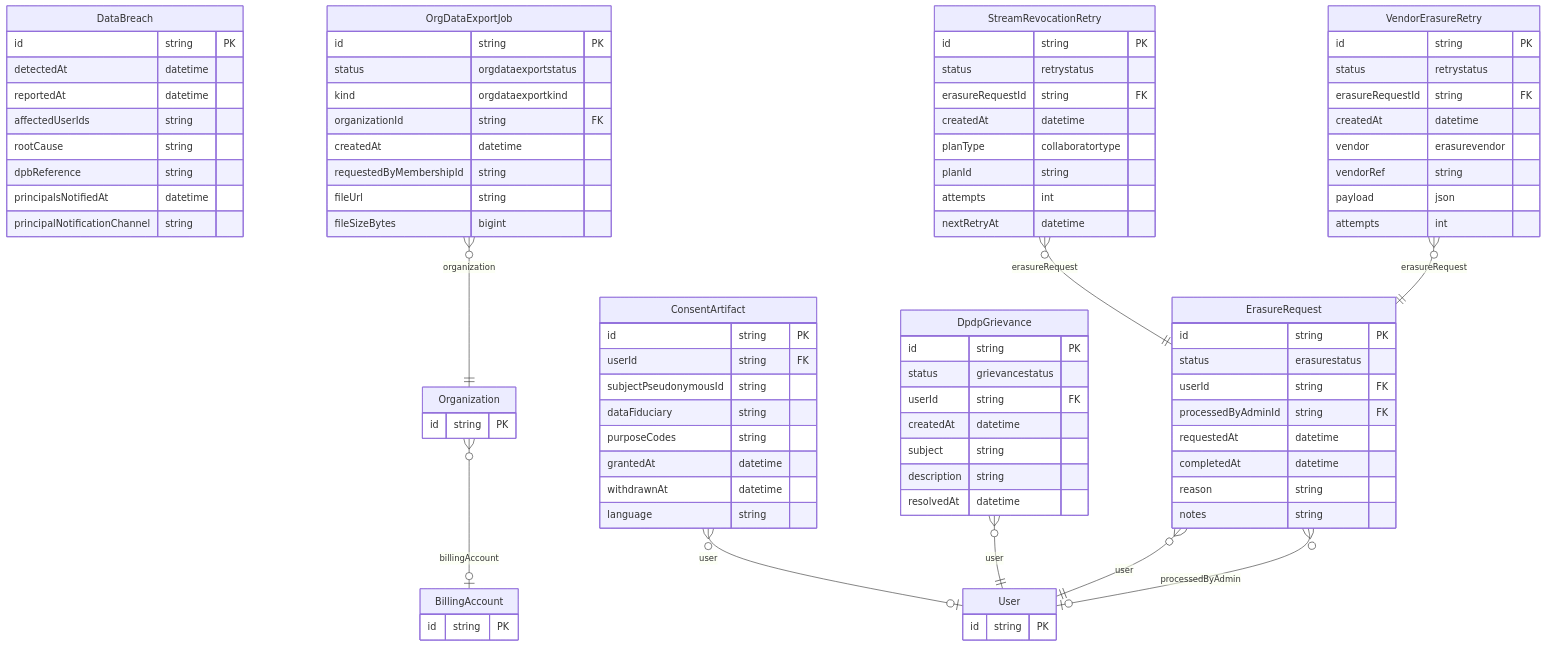
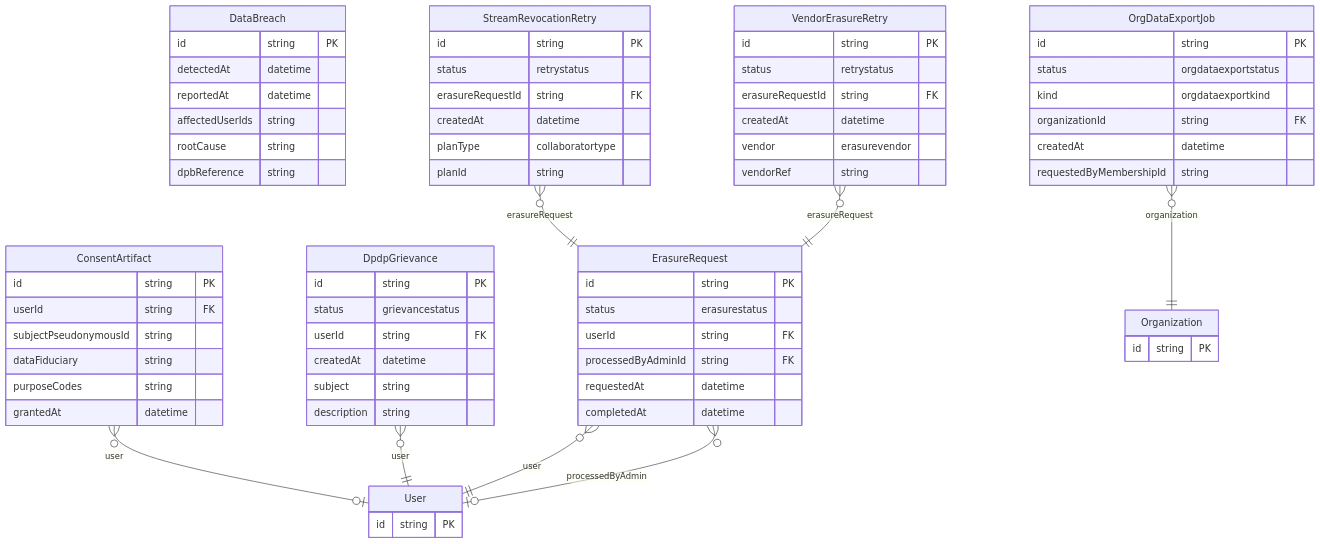
Before and after one commit to Practitionist/familiarise_web: the second of 4 diagrams in docs/prisma/domains/10-compliance-and-system.md, drawn with Mermaid. The commit also changed other lines of this file and 14 other files, not shown here.

````diff
--- a/docs/prisma/domains/10-compliance-and-system.md
+++ b/docs/prisma/domains/10-compliance-and-system.md
@@ -54,8 +48,6 @@
         dataFiduciary string
         purposeCodes string
         grantedAt datetime
-        withdrawnAt datetime
-        language string
     }
     DataBreach {
         id string PK
@@ -64,8 +56,6 @@
         affectedUserIds string
         rootCause string
         dpbReference string
-        principalsNotifiedAt datetime
-        principalNotificationChannel string
     }
     DpdpGrievance {
         id string PK
@@ -74,7 +64,6 @@
         createdAt datetime
         subject string
         description string
-        resolvedAt datetime
     }
     ErasureRequest {
         id string PK
@@ -83,8 +72,6 @@
         processedByAdminId string FK
         requestedAt datetime
         completedAt datetime
-        reason string
-        notes string
     }
     OrgDataExportJob {
         id string PK
@@ -93,8 +80,6 @@
         organizationId string FK
         createdAt datetime
         requestedByMembershipId string
-        fileUrl string
-        fileSizeBytes bigint
     }
     StreamRevocationRetry {
         id string PK
@@ -103,8 +88,6 @@
         createdAt datetime
         planType collaboratortype
         planId string
-        attempts int
-        nextRetryAt datetime
     }
     VendorErasureRetry {
         id string PK
@@ -113,16 +96,11 @@
         createdAt datetime
         vendor erasurevendor
         vendorRef string
-        payload json
-        attempts int
     }
     User {
         id string PK
     }
     Organization {
-        id string PK
-    }
-    BillingAccount {
         id string PK
     }
     ConsentArtifact }o--o| User : "user"
@@ -132,5 +110,4 @@
     OrgDataExportJob }o--|| Organization : "organization"
     StreamRevocationRetry }o--|| ErasureRequest : "erasureRequest"
     VendorErasureRetry }o--|| ErasureRequest : "erasureRequest"
-    Organization }o--o| BillingAccount : "billingAccount"
 ```
````
